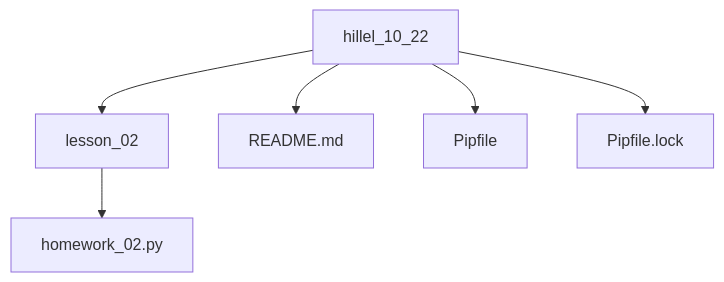
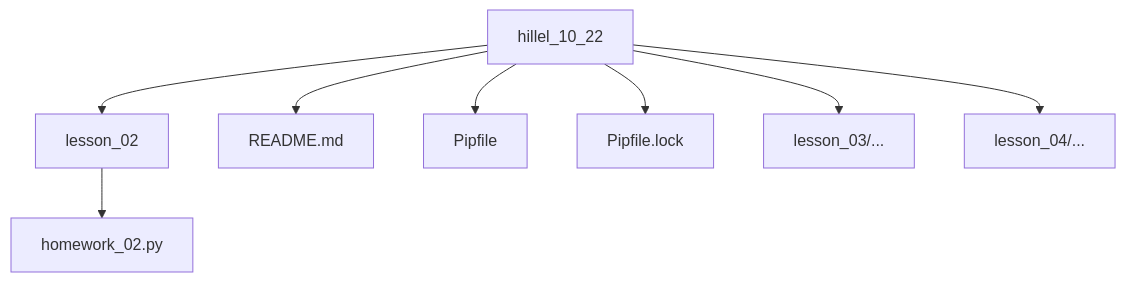
One commit to IDmitryA/hillel_10_22 changed the diagram in README.md. Above: the diagram before and after it, drawn with Mermaid. The commit also changed other lines of this file and 4 other files, not shown here.

````diff
--- a/README.md
+++ b/README.md
@@ -5,8 +5,10 @@
 ```mermaid
 graph TD
 hillel_10_22 --> lesson_02
 hillel_10_22 --> README.md
 hillel_10_22 --> Pipfile
 hillel_10_22 --> Pipfile.lock
+hillel_10_22 --> lesson_03/...
+hillel_10_22 --> lesson_04/...
 lesson_02 --> homework_02.py
 ```
````
